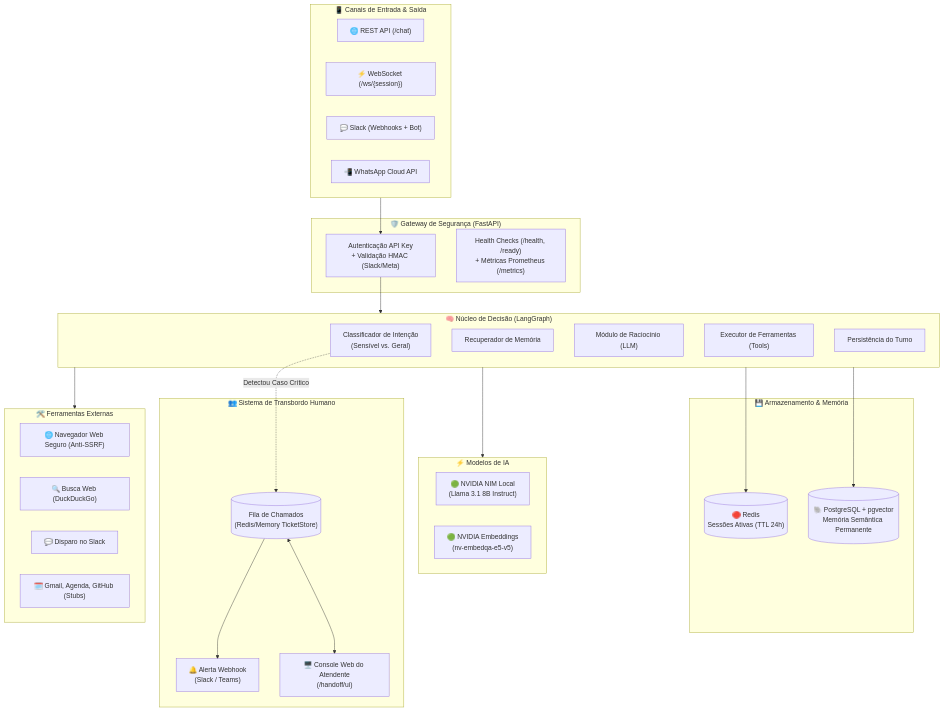
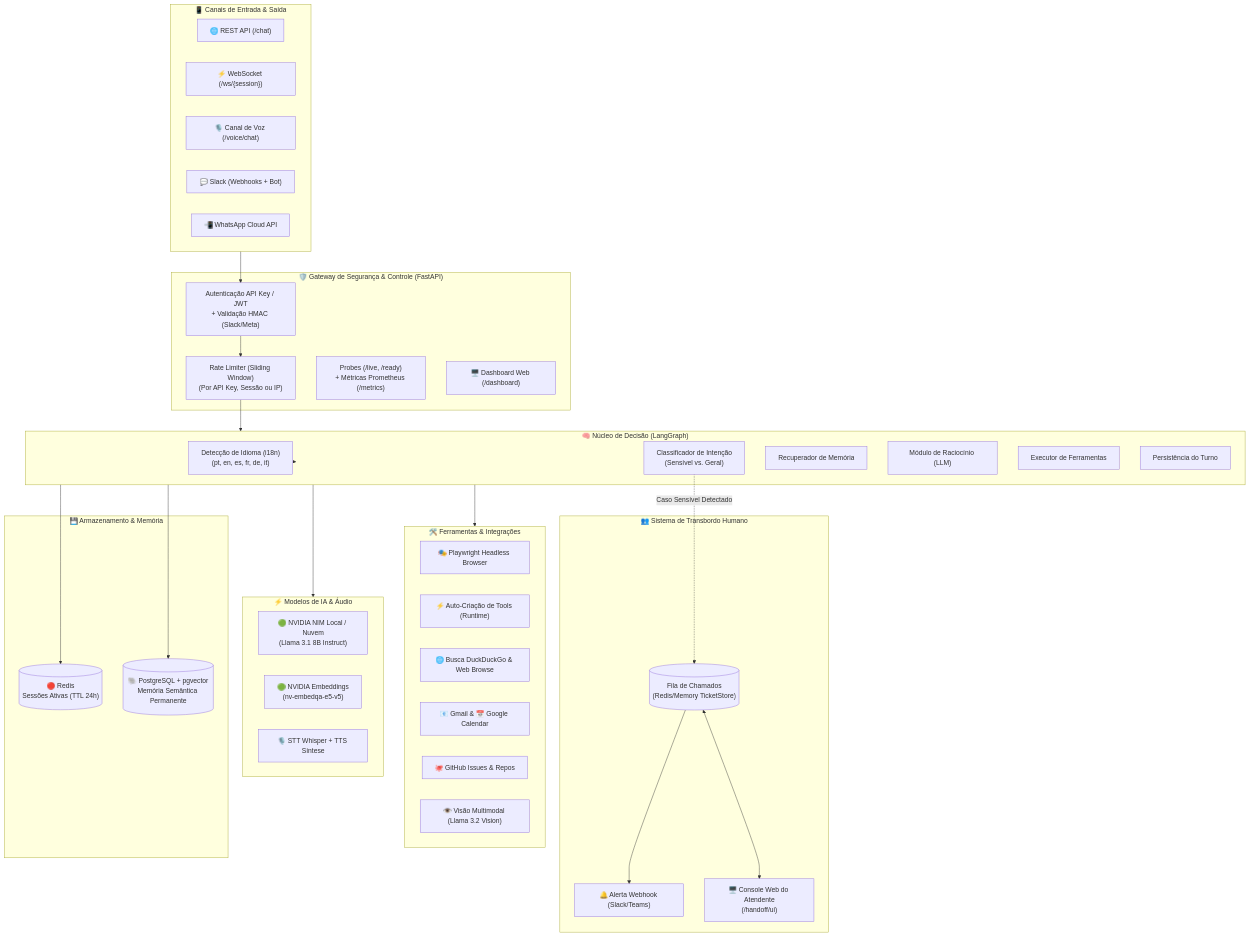
Before and after one commit to CaioSouzx00/ai-agent-24-7: the first of 4 diagrams in README.md, drawn with Mermaid. The commit also changed other lines of this file and 7 other files, not shown here.

Commit message:
docs: comprehensive README update covering voice, playwright, i18n, ratelimit, grafana dashboard and runtime dynamic tools

````diff
--- a/README.md
+++ b/README.md
@@ -85,57 +94,66 @@
 ```mermaid
 flowchart TB
     subgraph CANAIS["📱 Canais de Entrada & Saída"]
         C1["🌐 REST API (/chat)"]
         C2["⚡ WebSocket (/ws/{session})"]
-        C3["💬 Slack (Webhooks + Bot)"]
-        C4["📲 WhatsApp Cloud API"]
+        C3["🎙️ Canal de Voz (/voice/chat)"]
+        C4["💬 Slack (Webhooks + Bot)"]
+        C5["📲 WhatsApp Cloud API"]
     end
 
-    subgraph GATEWAY["🛡️ Gateway de Segurança (FastAPI)"]
-        AUTH["Autenticação API Key\n+ Validação HMAC (Slack/Meta)"]
-        HEALTH["Health Checks (/health, /ready)\n+ Métricas Prometheus (/metrics)"]
+    subgraph GATEWAY["🛡️ Gateway de Segurança & Controle (FastAPI)"]
+        AUTH["Autenticação API Key / JWT\n+ Validação HMAC (Slack/Meta)"]
+        RATELIMIT["Rate Limiter (Sliding Window)\n(Por API Key, Sessão ou IP)"]
+        HEALTH["Probes (/live, /ready)\n+ Métricas Prometheus (/metrics)"]
+        DASH["🖥️ Dashboard Web (/dashboard)"]
     end
 
     subgraph ENGINE["🧠 Núcleo de Decisão (LangGraph)"]
+        I18N["Detecção de Idioma (i18n)\n(pt, en, es, fr, de, it)"]
         CLASSIFY["Classificador de Intenção\n(Sensível vs. Geral)"]
         RETRIEVE["Recuperador de Memória"]
         THINK["Módulo de Raciocínio (LLM)"]
-        EXEC["Executor de Ferramentas (Tools)"]
+        EXEC["Executor de Ferramentas"]
         SAVE["Persistência do Turno"]
     end
 
     subgraph MEMORY["💾 Armazenamento & Memória"]
         REDIS[("🔴 Redis\nSessões Ativas (TTL 24h)")]
         PGVEC[("🐘 PostgreSQL + pgvector\nMemória Semântica Permanente")]
     end
 
-    subgraph MODELS["⚡ Modelos de IA"]
-        NIM["🟢 NVIDIA NIM Local\n(Llama 3.1 8B Instruct)"]
+    subgraph MODELS["⚡ Modelos de IA & Áudio"]
+        NIM["🟢 NVIDIA NIM Local / Nuvem\n(Llama 3.1 8B Instruct)"]
         EMBED["🟢 NVIDIA Embeddings\n(nv-embedqa-e5-v5)"]
+        VOICE["🎙️ STT Whisper + TTS Síntese"]
     end
 
     subgraph HANDOFF_SYSTEM["👥 Sistema de Transbordo Humano"]
         TICKETS[("Fila de Chamados\n(Redis/Memory TicketStore)")]
-        ALERT["🔔 Alerta Webhook\n(Slack / Teams)"]
+        ALERT["🔔 Alerta Webhook (Slack/Teams)"]
         CONSOLE["🖥️ Console Web do Atendente\n(/handoff/ui)"]
     end
 
-    subgraph TOOLS["🛠️ Ferramentas Externas"]
-        T_WEB["🌐 Navegador Web Seguro (Anti-SSRF)"]
-        T_SEARCH["🔍 Busca Web (DuckDuckGo)"]
-        T_SLACK["💬 Disparo no Slack"]
-        T_FUTURE["🗓️ Gmail, Agenda, GitHub (Stubs)"]
+    subgraph TOOLS["🛠️ Ferramentas & Integrações"]
+        T_BROWSER["🎭 Playwright Headless Browser"]
+        T_DYNAMIC["⚡ Auto-Criação de Tools (Runtime)"]
+        T_WEB["🌐 Busca DuckDuckGo & Web Browse"]
+        T_GOOGLE["📧 Gmail & 📅 Google Calendar"]
+        T_GITHUB["🐙 GitHub Issues & Repos"]
+        T_VISION["👁️ Visão Multimodal (Llama 3.2 Vision)"]
     end
 
-    %% Ligações
+    %% Conexões
     CANAIS --> AUTH
-    AUTH --> ENGINE
+    AUTH --> RATELIMIT
+    RATELIMIT --> ENGINE
+    ENGINE --> I18N
     ENGINE --> REDIS
     ENGINE --> PGVEC
     ENGINE --> MODELS
     ENGINE --> TOOLS
     
-    CLASSIFY -.->|Detectou Caso Crítico| TICKETS
+    CLASSIFY -.->|Caso Sensível Detectado| TICKETS
     TICKETS --> ALERT
     TICKETS <--> CONSOLE
 ```
````
